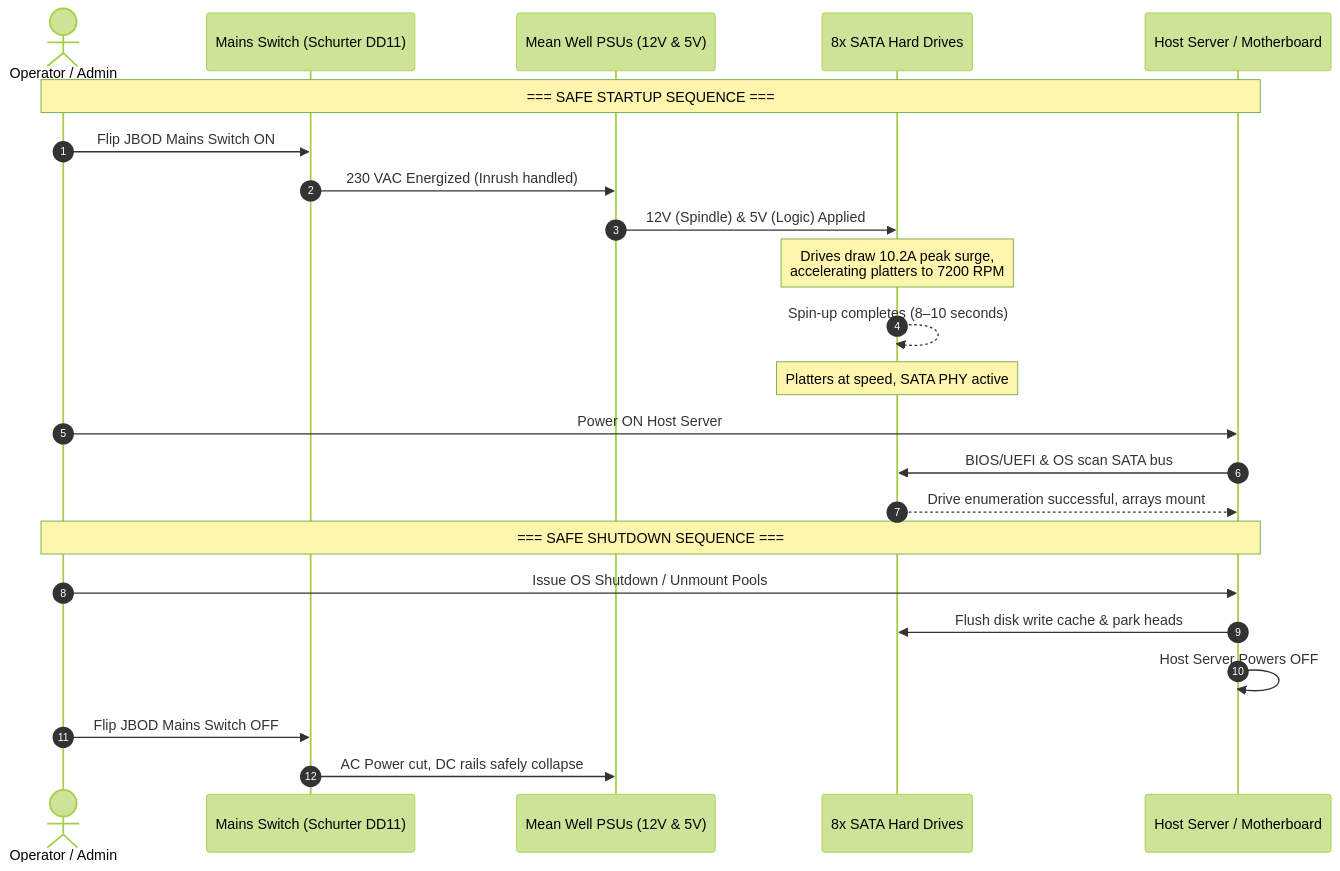
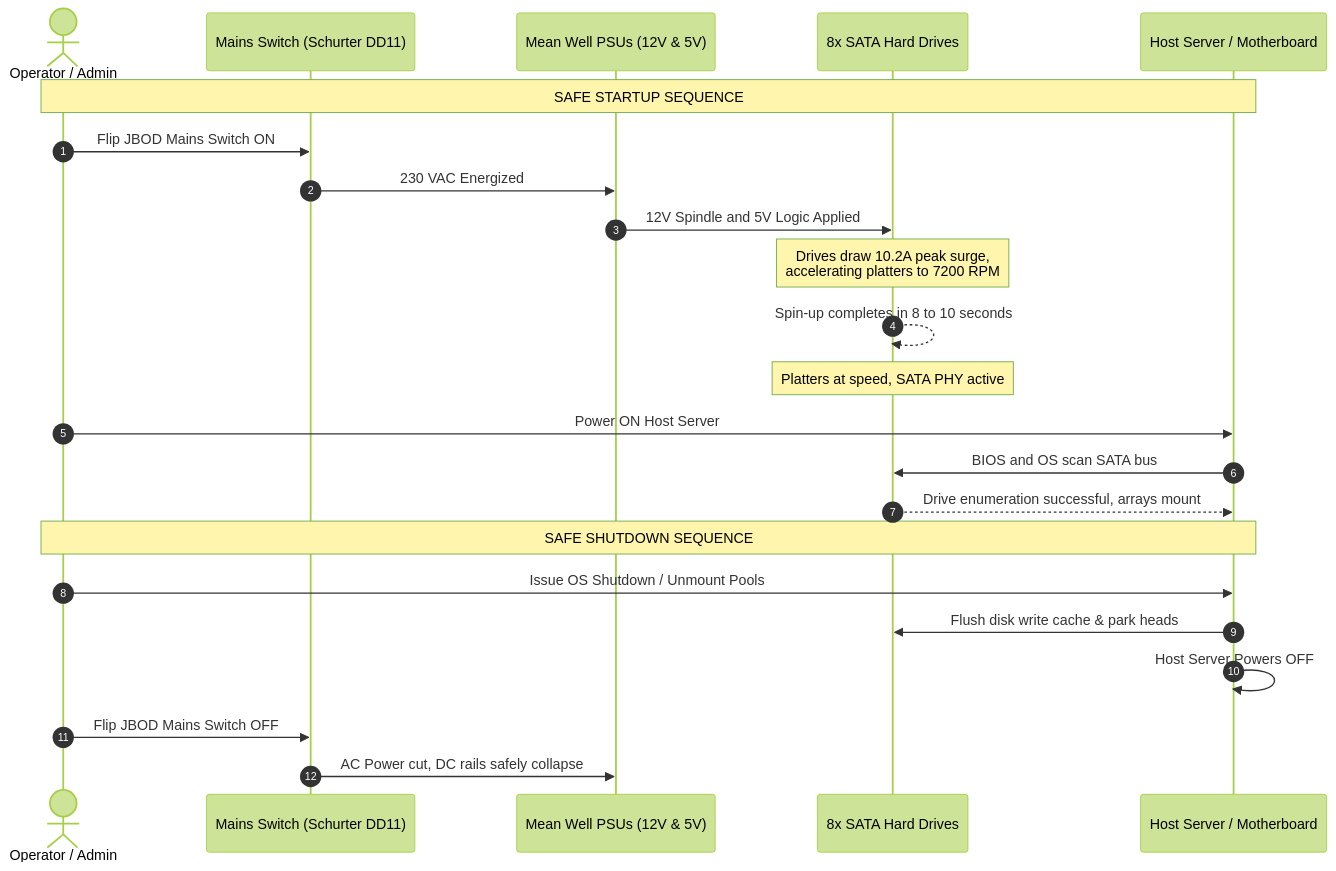
One commit to Lukas0923xcv/JBOD changed the third of 3 diagrams in README.md. Above: the diagram before and after it, drawn with Mermaid (forest theme). The commit also changed other lines of this file and 5 other files, not shown here.

Commit message:
Standardize on Mean Well RSP-200-12, RSP-500-12, and LRS-150F-5; sanitize all Mermaid diagrams

````diff
--- a/README.md
+++ b/README.md
@@ -150,27 +144,27 @@
 ```mermaid
 sequenceDiagram
     autonumber
     actor User as Operator / Admin
     participant Mains as Mains Switch (Schurter DD11)
     participant PSUs as Mean Well PSUs (12V & 5V)
     participant HDDs as 8x SATA Hard Drives
     participant Server as Host Server / Motherboard
 
-    Note over User,Server: === SAFE STARTUP SEQUENCE ===
+    Note over User,Server: SAFE STARTUP SEQUENCE
     User->>Mains: Flip JBOD Mains Switch ON
-    Mains->>PSUs: 230 VAC Energized (Inrush handled)
-    PSUs->>HDDs: 12V (Spindle) & 5V (Logic) Applied
+    Mains->>PSUs: 230 VAC Energized
+    PSUs->>HDDs: 12V Spindle and 5V Logic Applied
     Note over HDDs: Drives draw 10.2A peak surge,<br>accelerating platters to 7200 RPM
-    HDDs-->>HDDs: Spin-up completes (8–10 seconds)
+    HDDs-->>HDDs: Spin-up completes in 8 to 10 seconds
     Note over HDDs: Platters at speed, SATA PHY active
     User->>Server: Power ON Host Server
-    Server->>HDDs: BIOS/UEFI & OS scan SATA bus
+    Server->>HDDs: BIOS and OS scan SATA bus
     HDDs-->>Server: Drive enumeration successful, arrays mount
 
-    Note over User,Server: === SAFE SHUTDOWN SEQUENCE ===
+    Note over User,Server: SAFE SHUTDOWN SEQUENCE
     User->>Server: Issue OS Shutdown / Unmount Pools
     Server->>HDDs: Flush disk write cache & park heads
     Server->>Server: Host Server Powers OFF
     User->>Mains: Flip JBOD Mains Switch OFF
     Mains->>PSUs: AC Power cut, DC rails safely collapse
 ```
````
